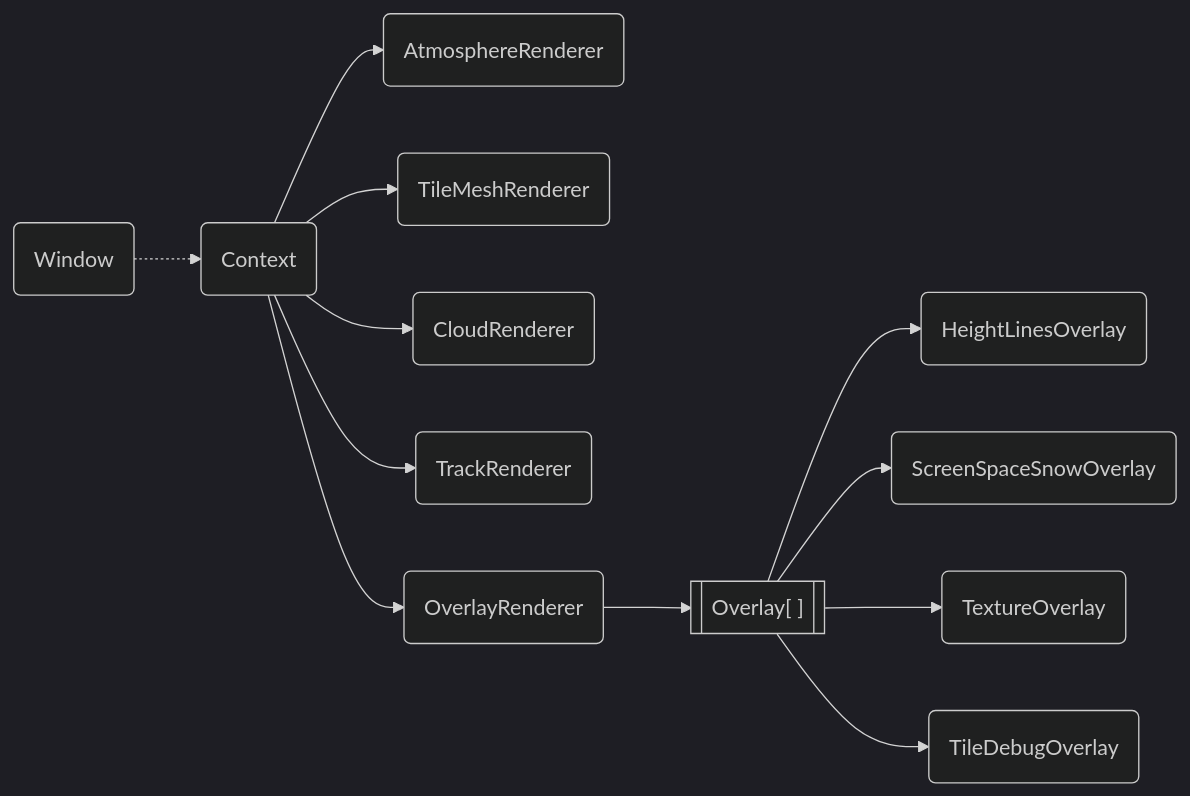
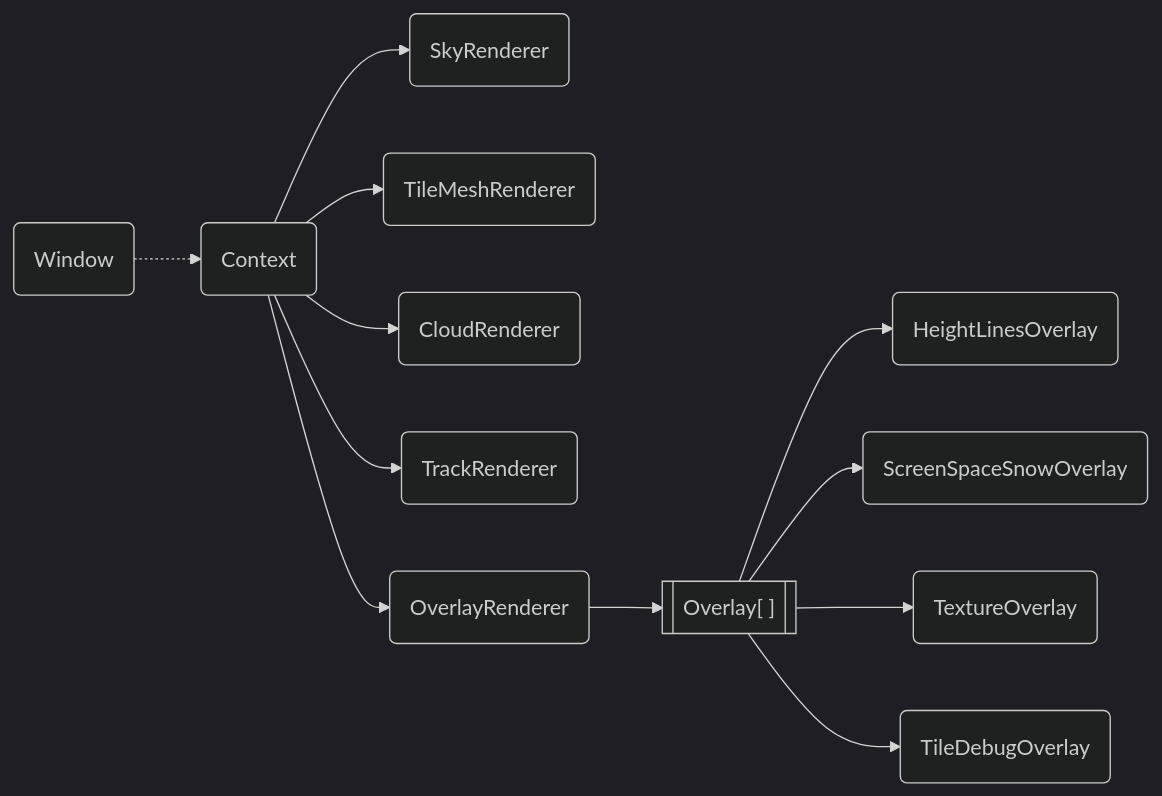
The first of 2 diagrams in docs/webgpu_engine.md (weBIGeo/webigeo), drawn with Mermaid (dark theme) before and after one commit. The commit also changed other lines of this file, not shown here.

````diff
--- a/docs/webgpu_engine.md
+++ b/docs/webgpu_engine.md
@@ -7,31 +7,31 @@
 ```mermaid
 graph LR
     Window("Window")
     Context("Context")
 
-    AtmR("AtmosphereRenderer")
+    SkyR("SkyRenderer")
     TileR("TileMeshRenderer")
     CloudR("CloudRenderer")
     TrackR("TrackRenderer")
     OvlR("OverlayRenderer")
 
     Overlays[["Overlay[ ]"]]
     HeightLines("HeightLinesOverlay")
     Snow("ScreenSpaceSnowOverlay")
     Texture("TextureOverlay")
     TileDebug("TileDebugOverlay")
 
     Window -.-> Context
 
-    Context --> AtmR
+    Context --> SkyR
     Context --> TileR
     Context --> CloudR
     Context --> TrackR
     Context --> OvlR
 
     OvlR --> Overlays
     Overlays --> HeightLines
     Overlays --> Snow
     Overlays --> Texture
     Overlays --> TileDebug
 ```
````
